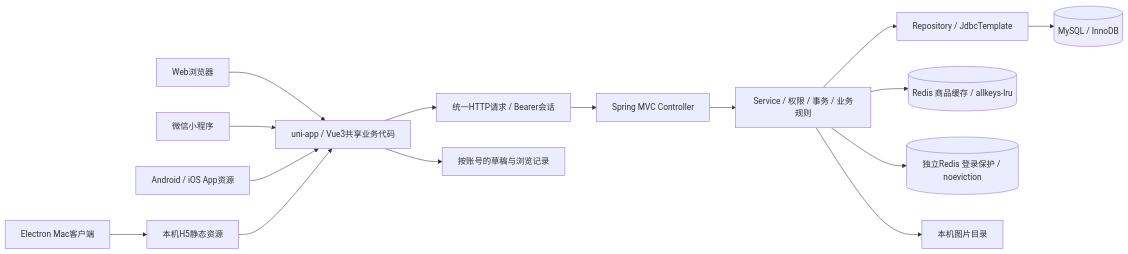
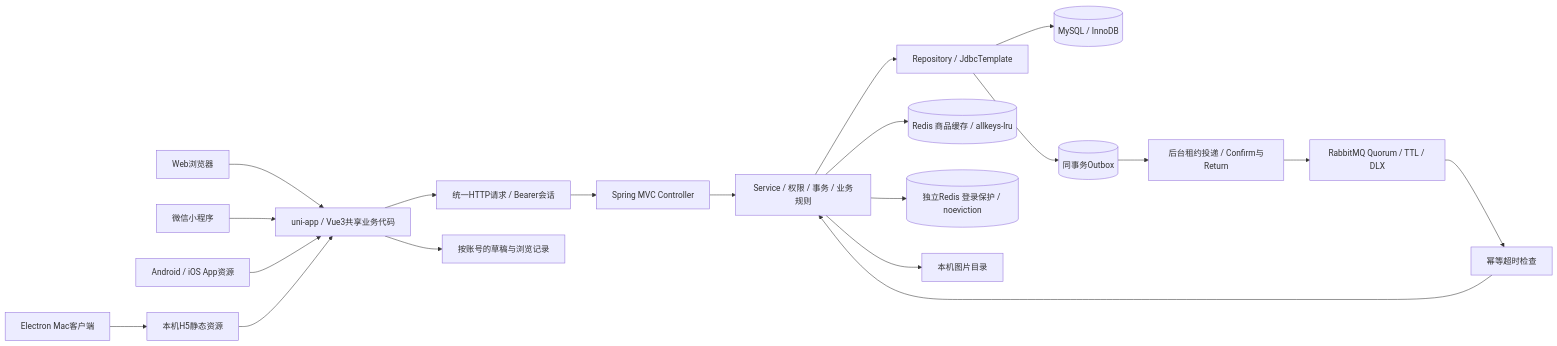
One commit to StewardAndrecher/- changed the diagram in docs/TECH_STACK.md. Above: the diagram before and after it, drawn with Mermaid. The commit also changed other lines of this file and 25 other files, not shown here.

````diff
--- a/docs/TECH_STACK.md
+++ b/docs/TECH_STACK.md
@@ -25,17 +26,22 @@
 ```mermaid
 flowchart LR
     Web[Web浏览器] --> Shared[uni-app / Vue3共享业务代码]
     WX[微信小程序] --> Shared
     App[Android / iOS App资源] --> Shared
     Mac[Electron Mac客户端] --> H5[本机H5静态资源]
     H5 --> Shared
     Shared --> Request[统一HTTP请求 / Bearer会话]
     Request --> MVC[Spring MVC Controller]
     MVC --> Service[Service / 权限 / 事务 / 业务规则]
     Service --> JDBC[Repository / JdbcTemplate]
     JDBC --> DB[(MySQL / InnoDB)]
     Service --> Cache[(Redis 商品缓存 / allkeys-lru)]
     Service --> Guard[(独立Redis 登录保护 / noeviction)]
+    JDBC --> Outbox[(同事务Outbox)]
+    Outbox --> Dispatch[后台租约投递 / Confirm与Return]
+    Dispatch --> MQ[RabbitMQ Quorum / TTL / DLX]
+    MQ --> Consumer[幂等超时检查]
+    Consumer --> Service
     Service --> Files[本机图片目录]
     Shared --> Local[按账号的草稿与浏览记录]
 ```
````
